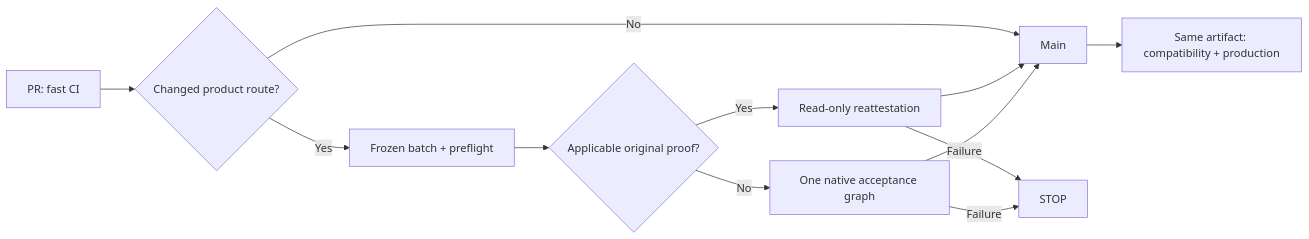
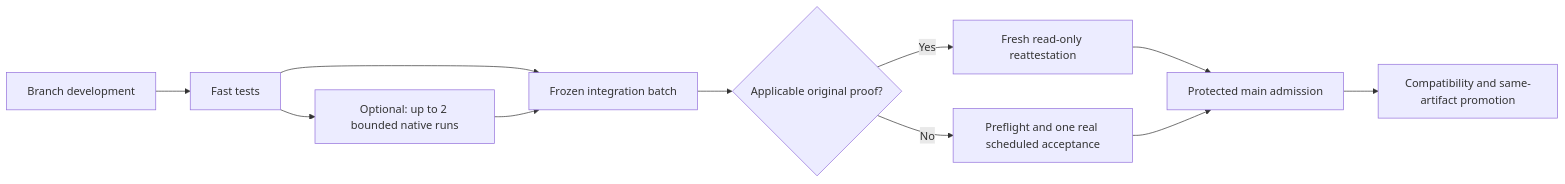
The diagram in docs/runbooks/app/guarded-staging.md (deusexrenovatio-arch/trading-advisor-3000), drawn with Mermaid before and after one commit. The commit also changed other lines of this file and 15 other files, not shown here.

Commit message:
feat(staging): add bounded Research checks during branch development

````diff
--- a/docs/runbooks/app/guarded-staging.md
+++ b/docs/runbooks/app/guarded-staging.md
@@ -5,14 +5,13 @@
 ```mermaid
 flowchart LR
-  L[PR: fast CI] --> C{Changed product route?}
-  C -->|No| M[Main]
-  C -->|Yes| F[Frozen batch + preflight]
-  F --> E{Applicable original proof?}
-  E -->|Yes| R[Read-only reattestation]
-  E -->|No| A[One native acceptance graph]
-  R --> M
+  D[Branch development] --> T[Fast tests]
+  T --> B[Optional: up to 2 bounded native runs]
+  T --> C[Frozen integration batch]
+  B --> C
+  C --> E{Applicable original proof?}
+  E -->|Yes| R[Fresh read-only reattestation]
+  E -->|No| A[Preflight and one real scheduled acceptance]
+  R --> M[Protected main admission]
   A --> M
-  M --> P[Same artifact: compatibility + production]
-  R -->|Failure| S[STOP]
-  A -->|Failure| S
+  M --> P[Compatibility and same-artifact promotion]
 ```
````
